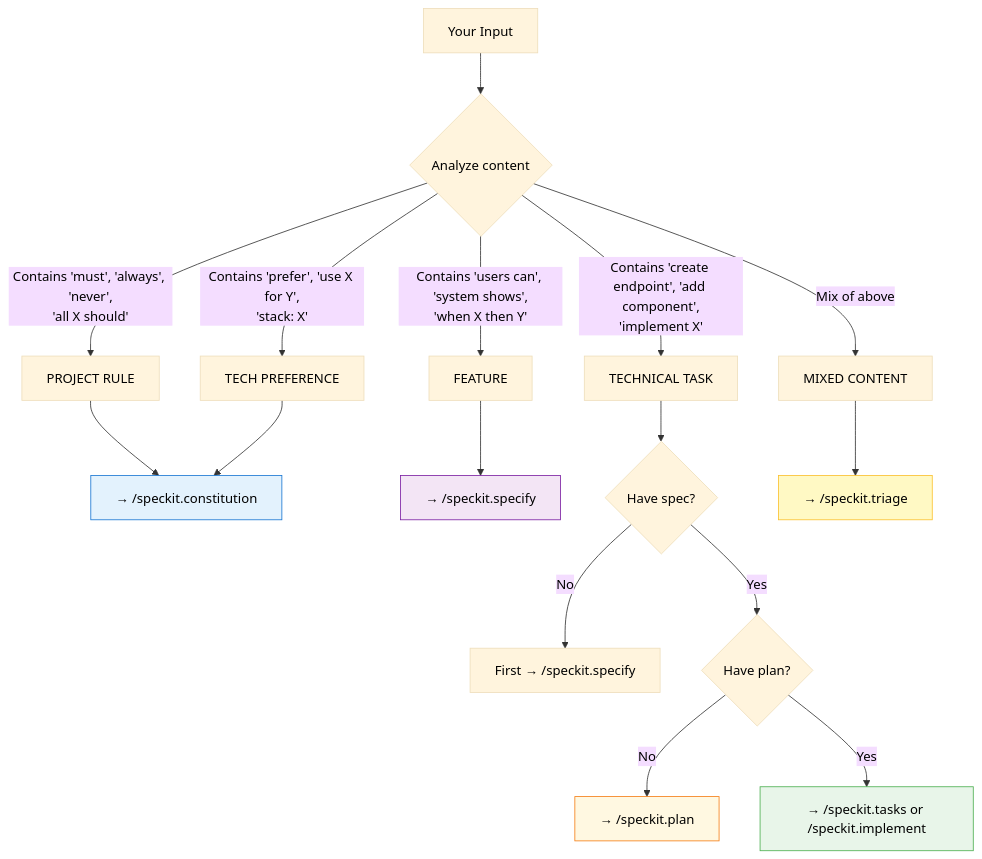
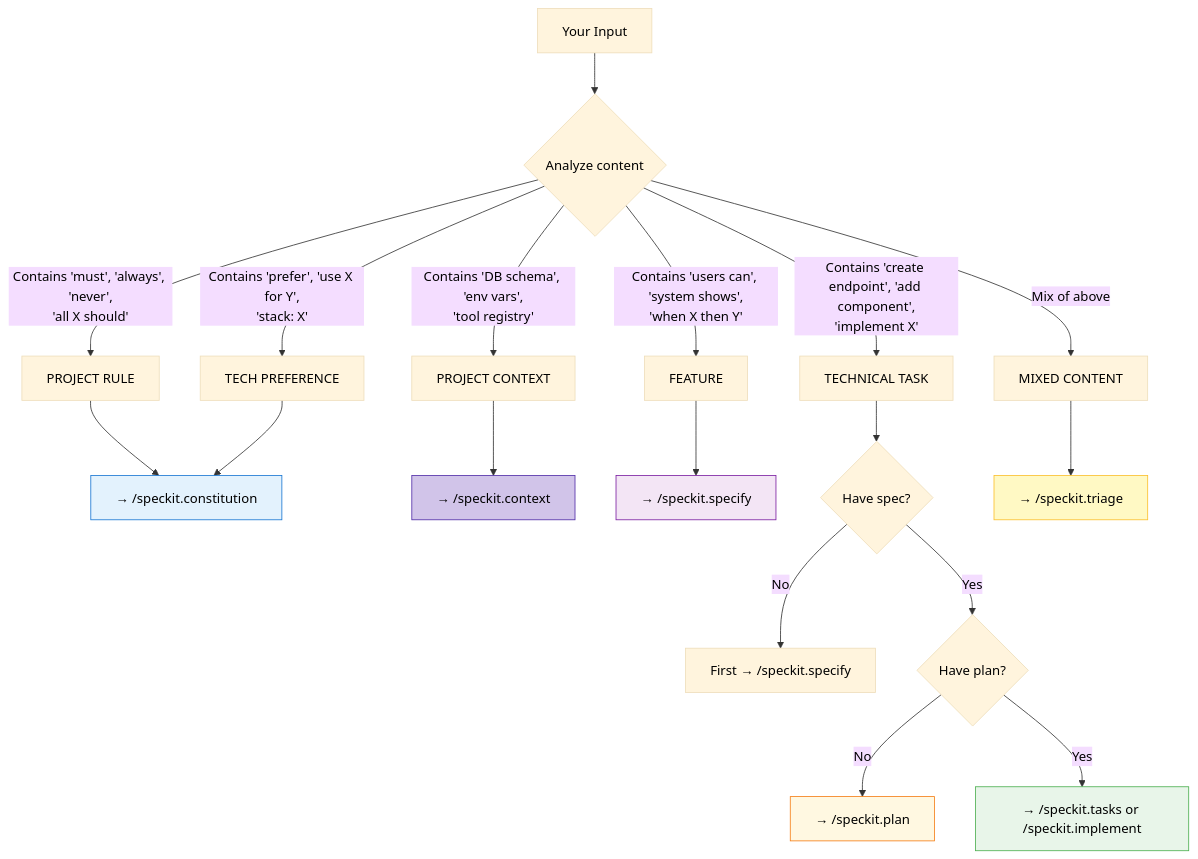
Before and after one commit to Trindade11/Teste: the second of 8 diagrams in .specify/docs/flows/decision-tree.md, drawn with Mermaid. The commit also changed other lines of this file and 25 other files, not shown here.

````diff
--- a/.specify/docs/flows/decision-tree.md
+++ b/.specify/docs/flows/decision-tree.md
@@ -52,30 +55,34 @@
 ```mermaid
 %%{init: {'theme': 'base', 'themeVariables': { 'primaryTextColor': '#000', 'secondaryTextColor': '#000', 'tertiaryTextColor': '#000', 'lineColor': '#333'}}}%%
 flowchart TD
     Input[Your Input] --> Analyze{Analyze content}
     
     Analyze -->|"Contains 'must', 'always', 'never',<br/>'all X should'"| ProjectRule[PROJECT RULE]
     Analyze -->|"Contains 'prefer', 'use X for Y',<br/>'stack: X'"| TechPref[TECH PREFERENCE]
+    Analyze -->|"Contains 'DB schema', 'env vars',<br/>'tool registry'"| ProjContext[PROJECT CONTEXT]
     Analyze -->|"Contains 'users can', 'system shows',<br/>'when X then Y'"| Feature[FEATURE]
     Analyze -->|"Contains 'create endpoint', 'add component',<br/>'implement X'"| Technical[TECHNICAL TASK]
     Analyze -->|"Mix of above"| Mixed[MIXED CONTENT]
     
     ProjectRule --> Constitution[→ /speckit.constitution]
     TechPref --> Constitution
+    
+    ProjContext --> ContextCmd[→ /speckit.context]
     
     Feature --> Specify[→ /speckit.specify]
     
     Technical --> Q1{Have spec?}
     Q1 -->|No| NeedSpec[First → /speckit.specify]
     Q1 -->|Yes| Q2{Have plan?}
     Q2 -->|No| Plan[→ /speckit.plan]
     Q2 -->|Yes| Tasks[→ /speckit.tasks or /speckit.implement]
     
     Mixed --> Triage[→ /speckit.triage]
     
     style Constitution fill:#e3f2fd,stroke:#1976d2,color:#000
+    style ContextCmd fill:#d1c4e9,stroke:#512da8,color:#000
     style Specify fill:#f3e5f5,stroke:#7b1fa2,color:#000
     style Plan fill:#fff8e1,stroke:#f57f17,color:#000
     style Tasks fill:#e8f5e9,stroke:#4caf50,color:#000
     style Triage fill:#fff9c4,stroke:#fbc02d,color:#000
 ```
````
